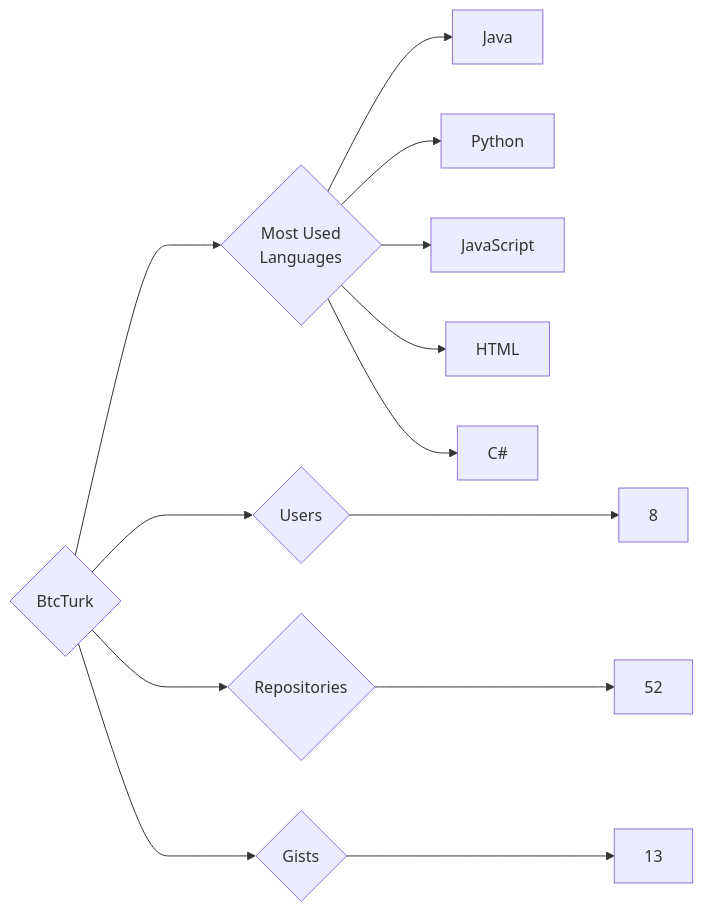
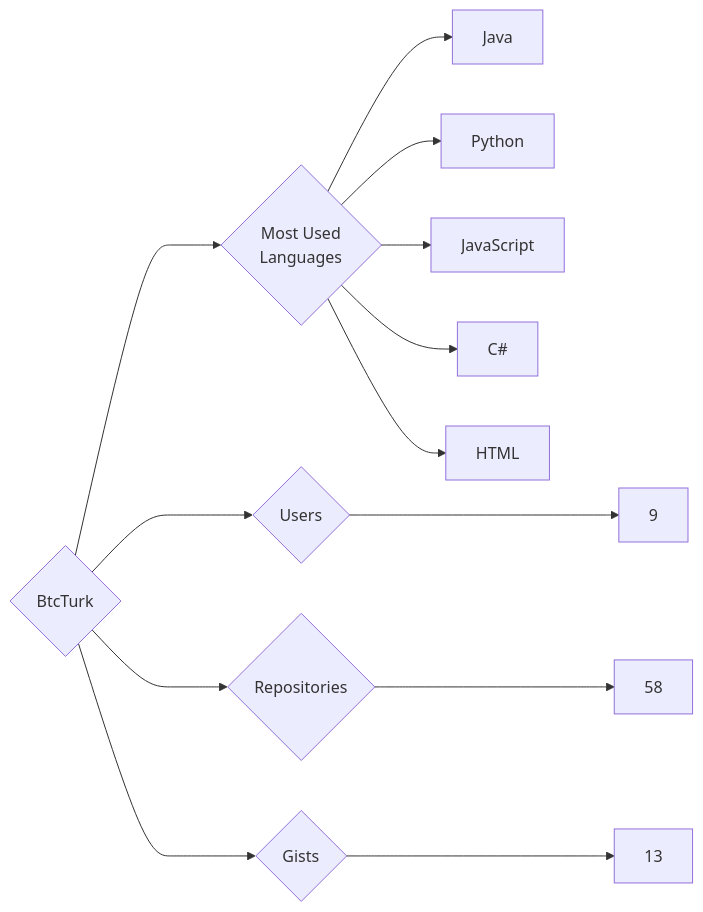
One commit to trickest/insiders changed the diagram in targets/BtcTurk/README.md. Above: the diagram before and after it, drawn with Mermaid. The commit also changed 1120 other files, not shown here.

````diff
--- a/targets/BtcTurk/README.md
+++ b/targets/BtcTurk/README.md
@@ -3,13 +3,13 @@
 ```mermaid
 graph LR
 COMPANY_NAME{BtcTurk}
-COMPANY_NAME ---> U{Users} ---> UN[8]
-COMPANY_NAME ---> R{Repositories} ---> RN[52]
+COMPANY_NAME ---> U{Users} ---> UN[9]
+COMPANY_NAME ---> R{Repositories} ---> RN[58]
 COMPANY_NAME ---> G{Gists} ---> GN[13]
 COMPANY_NAME ---> ML{Most Used<br>Languages}
 ML --> Java[Java]
 ML --> Python[Python]
 ML --> JavaScript[JavaScript]
+ML --> C#[C#]
 ML --> HTML[HTML]
-ML --> C#[C#]
 ```
````
